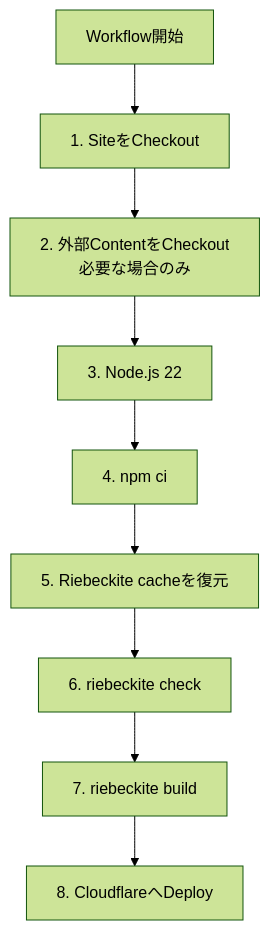
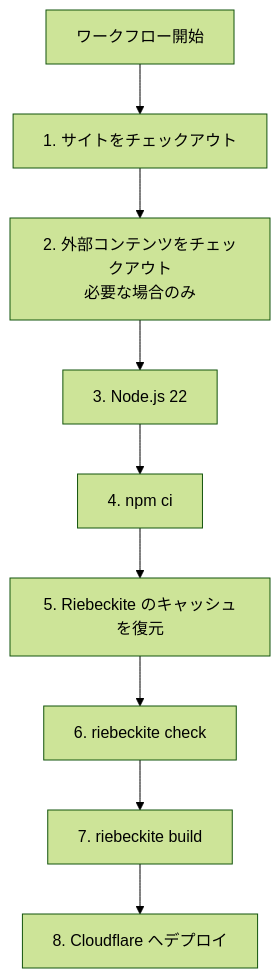
Before and after one commit to Rerurate514/riebeckite: the seventh of 11 diagrams in docs/docs/guides/deployment/github-actions.ja.md, drawn with Mermaid (forest theme). The commit also changed other lines of this file and 310 other files, not shown here.

````diff
--- a/docs/docs/guides/deployment/github-actions.ja.md
+++ b/docs/docs/guides/deployment/github-actions.ja.md
@@ -386,21 +346,21 @@
 ```mermaid id="hdbpqw"
 flowchart TD
-    Start["Workflow開始"]
-    CheckoutSite["1. SiteをCheckout"]
-    CheckoutContent["2. 外部ContentをCheckout<br/>必要な場合のみ"]
+    Start["ワークフロー開始"]
+    CheckoutSite["1. サイトをチェックアウト"]
+    CheckoutContent["2. 外部コンテンツをチェックアウト<br/>必要な場合のみ"]
     Node["3. Node.js 22"]
     Install["4. npm ci"]
-    Cache["5. Riebeckite cacheを復元"]
+    Cache["5. Riebeckite のキャッシュを復元"]
     Check["6. riebeckite check"]
     Build["7. riebeckite build"]
-    Deploy["8. CloudflareへDeploy"]
+    Deploy["8. Cloudflare へデプロイ"]
 
     Start --> CheckoutSite
     CheckoutSite --> CheckoutContent
     CheckoutContent --> Node
     Node --> Install
     Install --> Cache
     Cache --> Check
     Check --> Build
     Build --> Deploy
 ```
````
